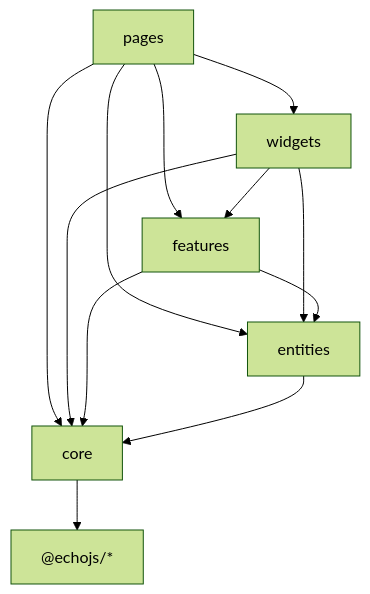
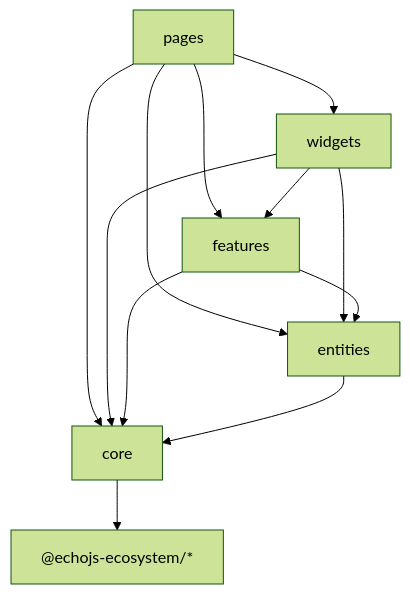
The diagram in apps/docs/src/content/architecture/dependency-flow.md (echojs-ecosystem/echojs-core), drawn with Mermaid (forest theme) before and after one commit. The commit also changed other lines of this file and 547 other files, not shown here.

Commit message:
change echojs to echojs-ecosystem

````diff
--- a/apps/docs/src/content/architecture/dependency-flow.md
+++ b/apps/docs/src/content/architecture/dependency-flow.md
@@ -21,14 +21,14 @@
 ```mermaid
 flowchart TB
   pages --> widgets
   pages --> features
   pages --> entities
   pages --> core
   widgets --> features
   widgets --> entities
   widgets --> core
   features --> entities
   features --> core
   entities --> core
-  core --> echojs["@echojs/*"]
+  core --> echojs["@echojs-ecosystem/*"]
 ```
````
